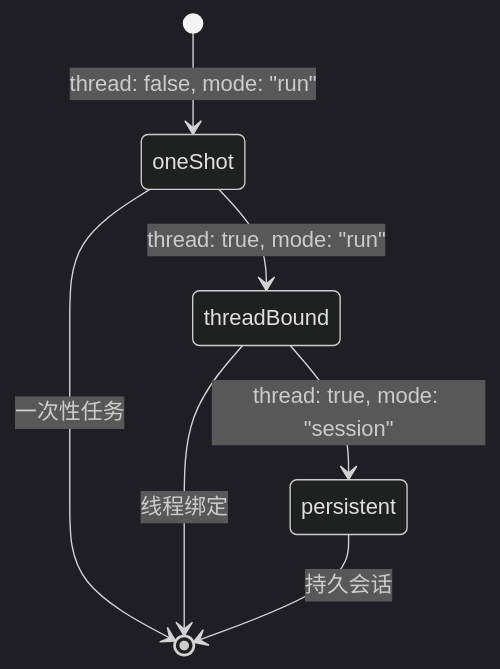
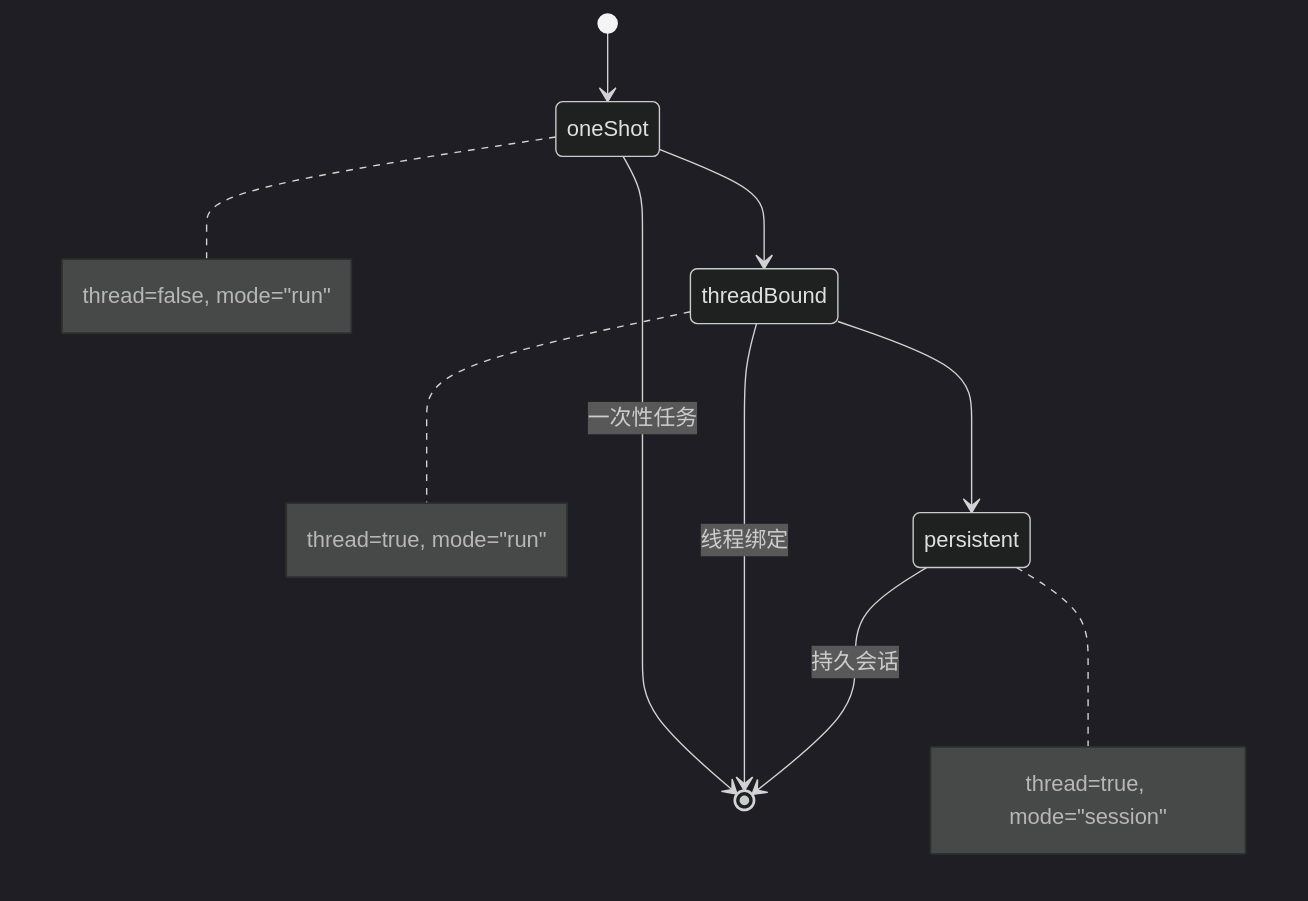
Before and after one commit to tanteng/blog: the second of 4 diagrams in content/posts/openclaw-acp-session.md, drawn with Mermaid (dark theme). The commit also changed other lines of this file, not shown here.

````diff
--- a/content/posts/openclaw-acp-session.md
+++ b/content/posts/openclaw-acp-session.md
@@ -71,9 +66,12 @@
-```mermaid
+{{< mermaid >}}
 stateDiagram-v2
-    [*] --> oneShot: thread: false, mode: "run"
-    oneShot --> threadBound: thread: true, mode: "run"
-    threadBound --> persistent: thread: true, mode: "session"
+    [*] --> oneShot
+    oneShot --> threadBound
+    threadBound --> persistent
     oneShot --> [*]: 一次性任务
     threadBound --> [*]: 线程绑定
     persistent --> [*]: 持久会话
-```
+    note right of oneShot: thread=false, mode="run"
+    note right of threadBound: thread=true, mode="run"
+    note right of persistent: thread=true, mode="session"
+{{< /mermaid >}}
````
